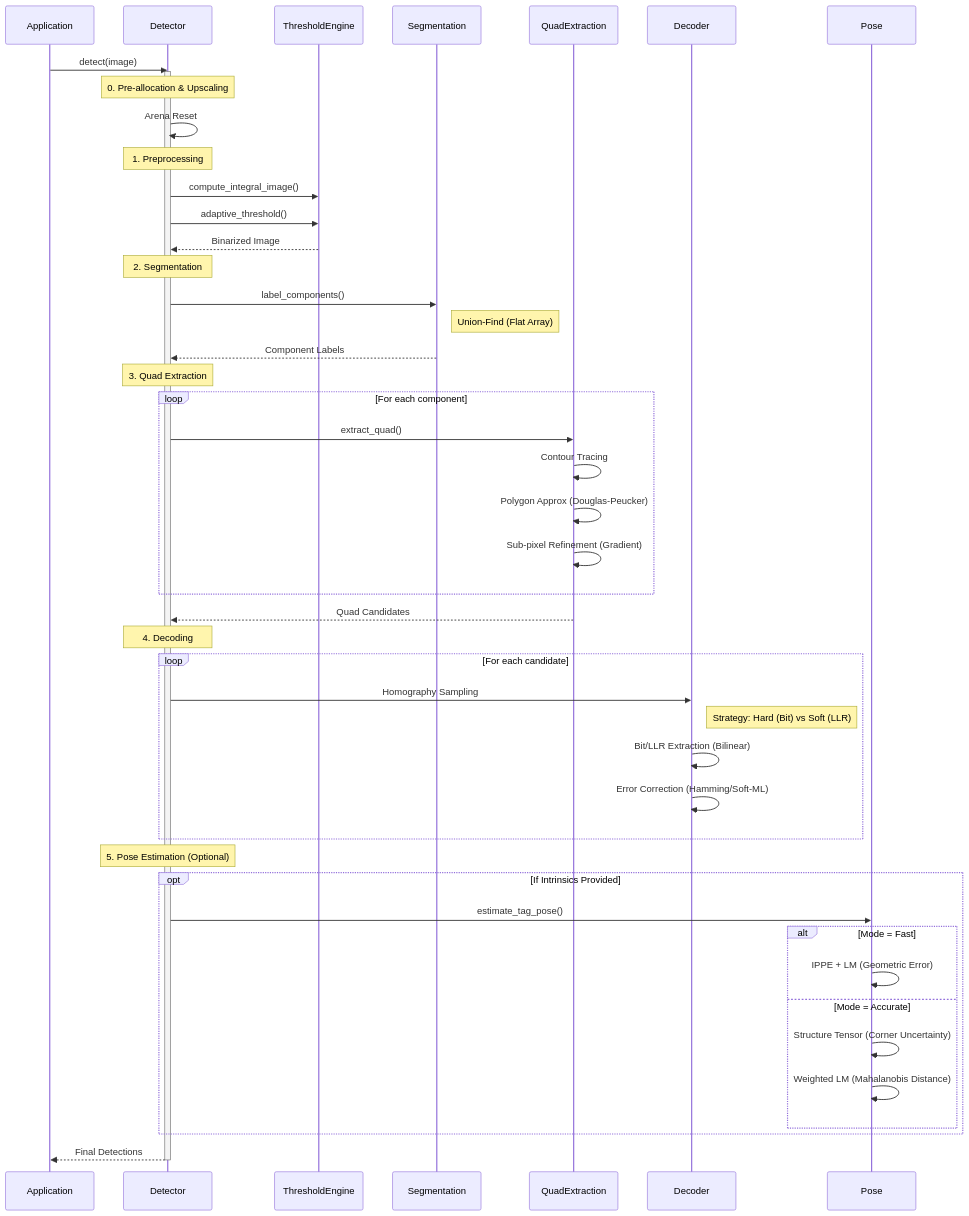
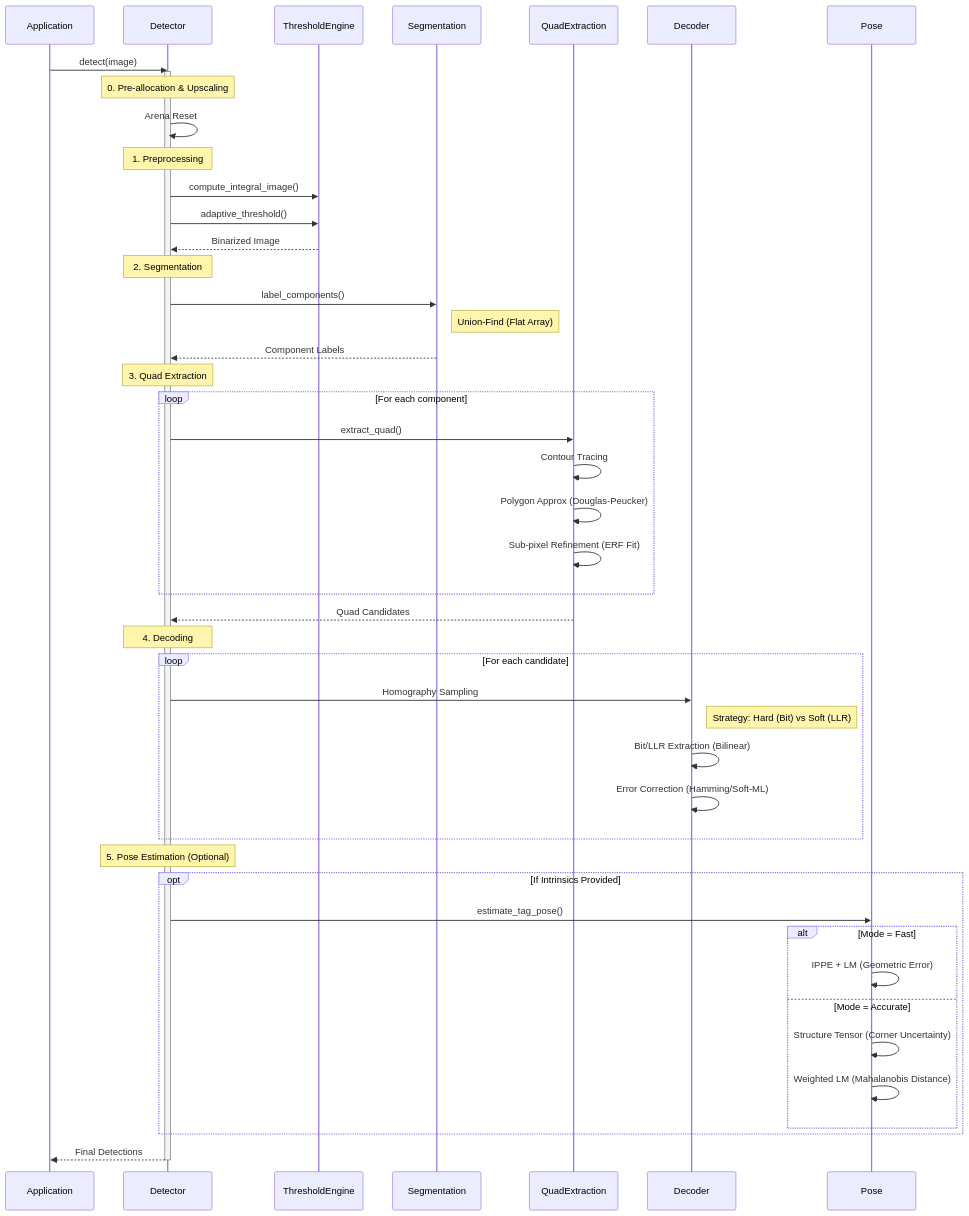
The second of 6 diagrams in docs/explanation/architecture.md (NoeFontana/locus-tag), drawn with Mermaid before and after one commit. The commit also changed 8 other files, not shown here.

````diff
--- a/docs/explanation/architecture.md
+++ b/docs/explanation/architecture.md
@@ -28,56 +28,56 @@
 ```mermaid
 sequenceDiagram
     participant App as Application
     participant Det as Detector
     participant Thresh as ThresholdEngine
     participant Seg as Segmentation
     participant Quad as QuadExtraction
     participant Decode as Decoder
 
     App->>Det: detect(image)
     activate Det
 
     Note over Det: 0. Pre-allocation & Upscaling
     Det->>Det: Arena Reset
 
     Note over Det: 1. Preprocessing
     Det->>Thresh: compute_integral_image()
     Det->>Thresh: adaptive_threshold()
     Thresh-->>Det: Binarized Image
 
     Note over Det: 2. Segmentation
     Det->>Seg: label_components()
     Note right of Seg: Union-Find (Flat Array)
     Seg-->>Det: Component Labels
 
     Note over Det: 3. Quad Extraction
     loop For each component
         Det->>Quad: extract_quad()
         Quad->>Quad: Contour Tracing
         Quad->>Quad: Polygon Approx (Douglas-Peucker)
-        Quad->>Quad: Sub-pixel Refinement (Gradient)
+        Quad->>Quad: Sub-pixel Refinement (ERF Fit)
     end
     Quad-->>Det: Quad Candidates
 
     Note over Det: 4. Decoding
     loop For each candidate
         Det->>Decode: Homography Sampling
         Note right of Decode: Strategy: Hard (Bit) vs Soft (LLR)
         Decode->>Decode: Bit/LLR Extraction (Bilinear)
         Decode->>Decode: Error Correction (Hamming/Soft-ML)
     end
 
     Note over Det: 5. Pose Estimation (Optional)
     opt If Intrinsics Provided
         Det->>Pose: estimate_tag_pose()
         alt Mode = Fast
             Pose->>Pose: IPPE + LM (Geometric Error)
         else Mode = Accurate
             Pose->>Pose: Structure Tensor (Corner Uncertainty)
             Pose->>Pose: Weighted LM (Mahalanobis Distance)
         end
     end
 
     Det-->>App: Final Detections
     deactivate Det
 ```
````
